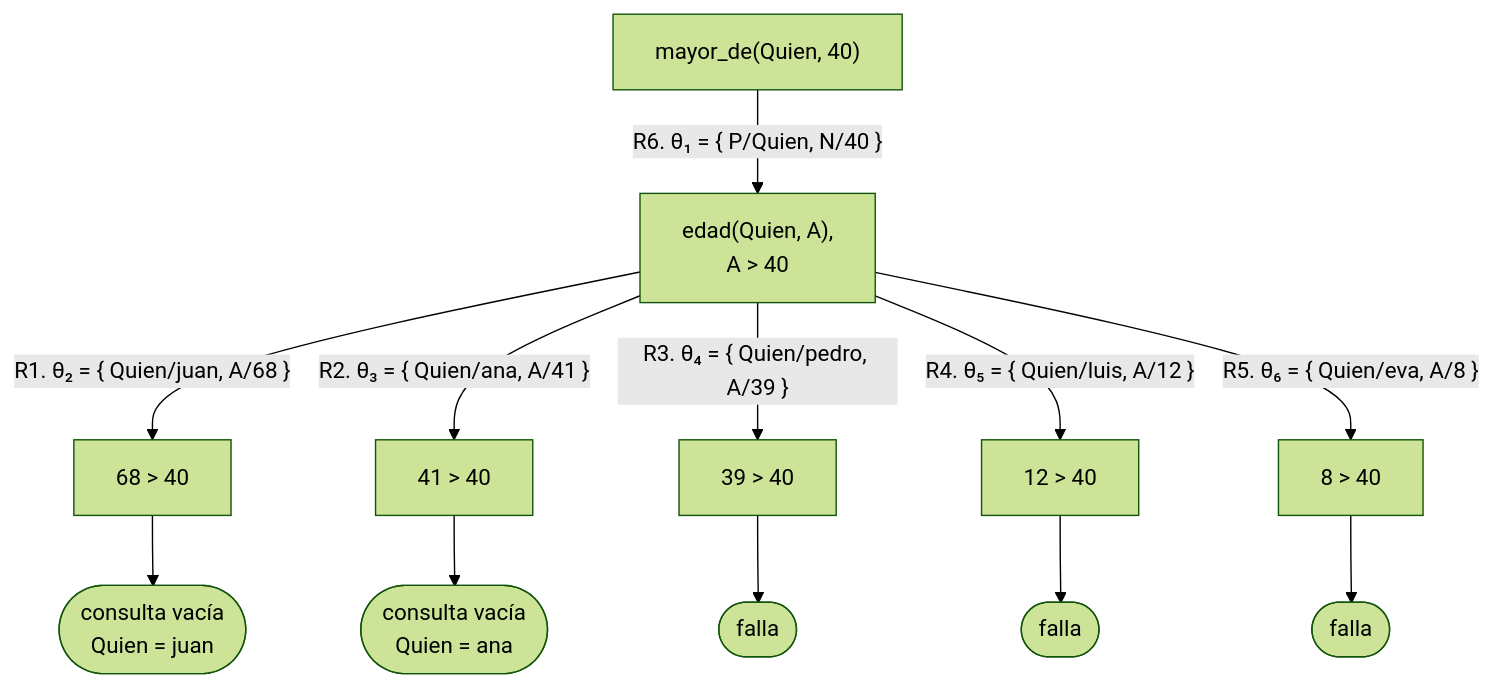
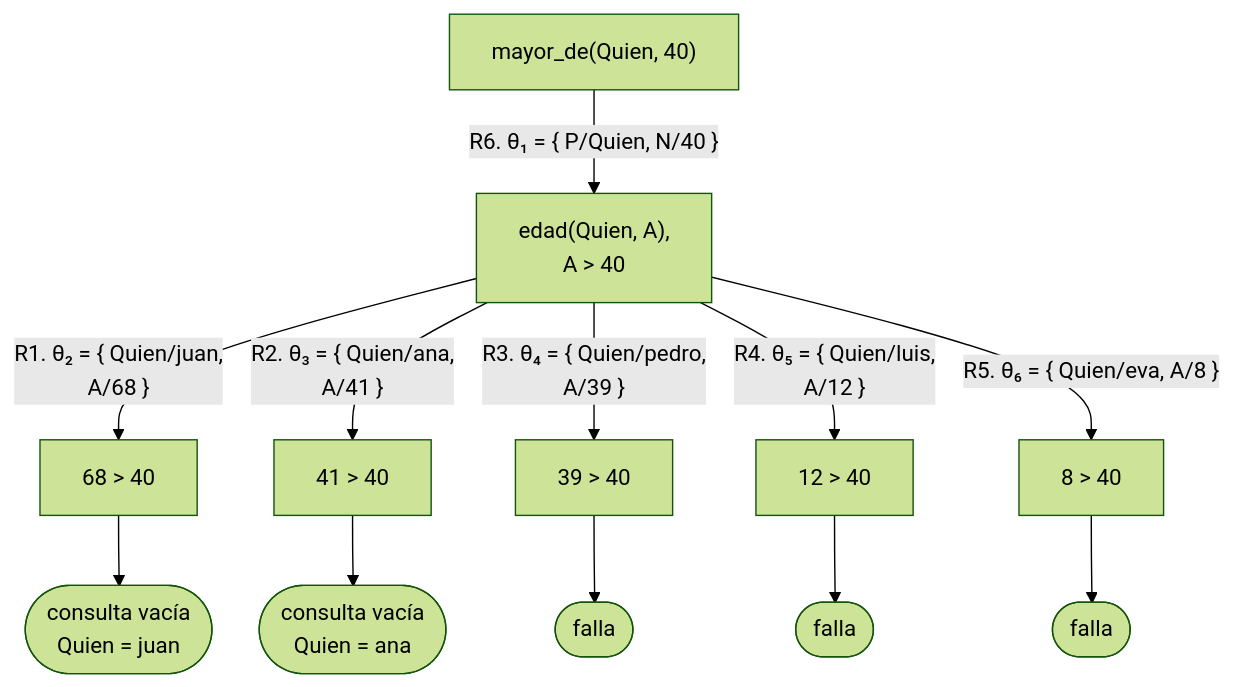
The third of 3 diagrams in docs/capitulo-01-la-primera-hora/soluciones.md (CesarBallardini/curso-de-prolog), drawn with Mermaid (forest theme) before and after one commit. The commit also changed 24 other files, not shown here.

First line of the commit message:
feat(docs): botones para ocultar las columnas laterales y etiquetas cortas en los diagramas

````diff
--- a/docs/capitulo-01-la-primera-hora/soluciones.md
+++ b/docs/capitulo-01-la-primera-hora/soluciones.md
@@ -319,15 +319,15 @@
 ```mermaid
 %%{init: {"flowchart": {"nodeSpacing": 25}}}%%
 flowchart TD
     A["mayor_de(Quien, 40)"] -- "R6. θ₁ = {&nbsp;P/Quien, N/40&nbsp;}" --> B["edad(Quien, A),<br/>A > 40"]
-    B -- "R1. θ₂ = {&nbsp;Quien/juan, A/68&nbsp;}" --> C1["68 > 40"]
-    B -- "R2. θ₃ = {&nbsp;Quien/ana, A/41&nbsp;}" --> C2["41 > 40"]
-    B -- "R3. θ₄ = {&nbsp;Quien/pedro, A/39&nbsp;}" --> C3["39 > 40"]
-    B -- "R4. θ₅ = {&nbsp;Quien/luis, A/12&nbsp;}" --> C4["12 > 40"]
+    B -- "R1. θ₂ = {&nbsp;Quien/juan,<br/>A/68&nbsp;}" --> C1["68 > 40"]
+    B -- "R2. θ₃ = {&nbsp;Quien/ana,<br/>A/41&nbsp;}" --> C2["41 > 40"]
+    B -- "R3. θ₄ = {&nbsp;Quien/pedro,<br/>A/39&nbsp;}" --> C3["39 > 40"]
+    B -- "R4. θ₅ = {&nbsp;Quien/luis,<br/>A/12&nbsp;}" --> C4["12 > 40"]
     B -- "R5. θ₆ = {&nbsp;Quien/eva, A/8&nbsp;}" --> C5["8 > 40"]
     C1 --> S1(["consulta vacía<br/>Quien = juan"])
     C2 --> S2(["consulta vacía<br/>Quien = ana"])
     C3 --> F3(["falla"])
     C4 --> F4(["falla"])
     C5 --> F5(["falla"])
 ```
````
